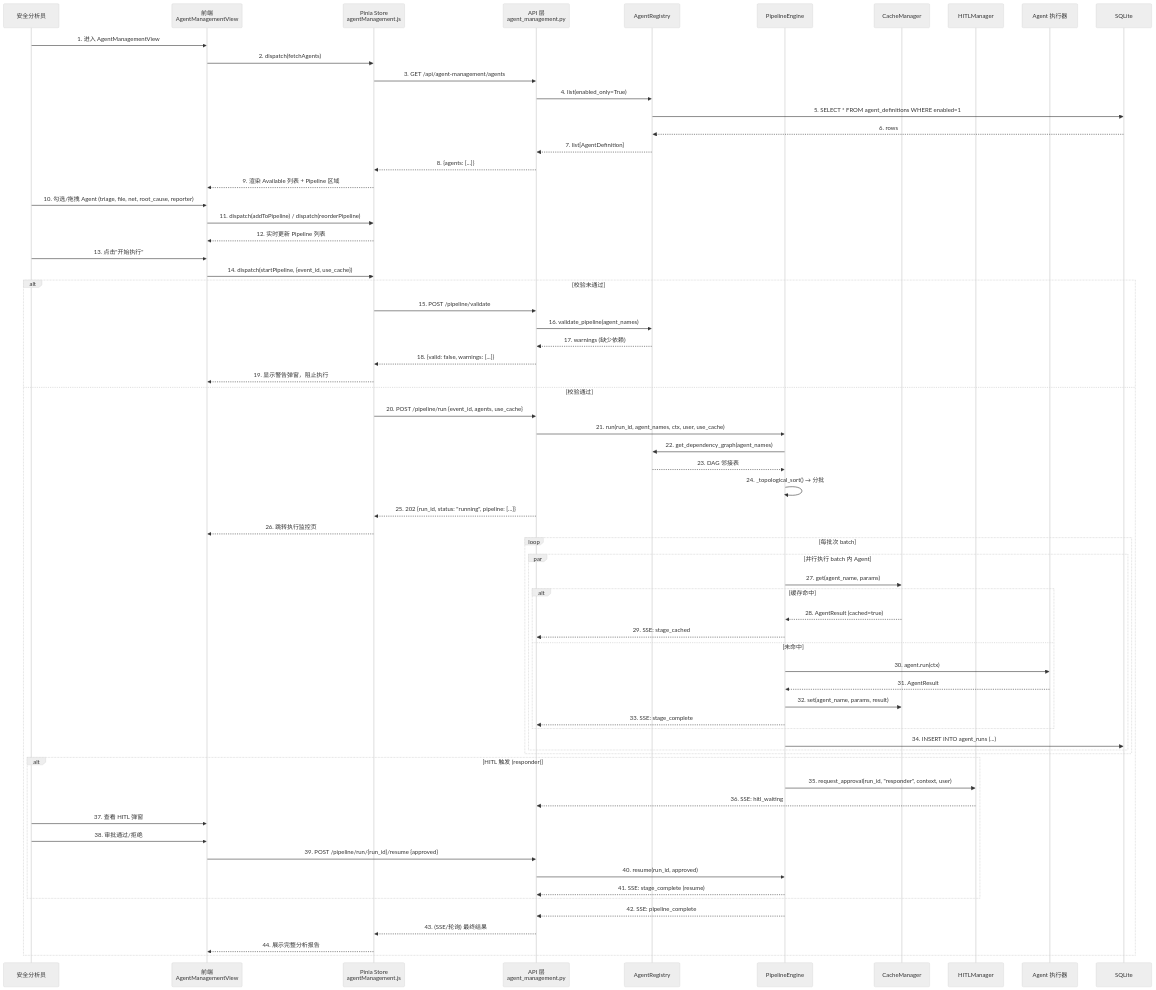
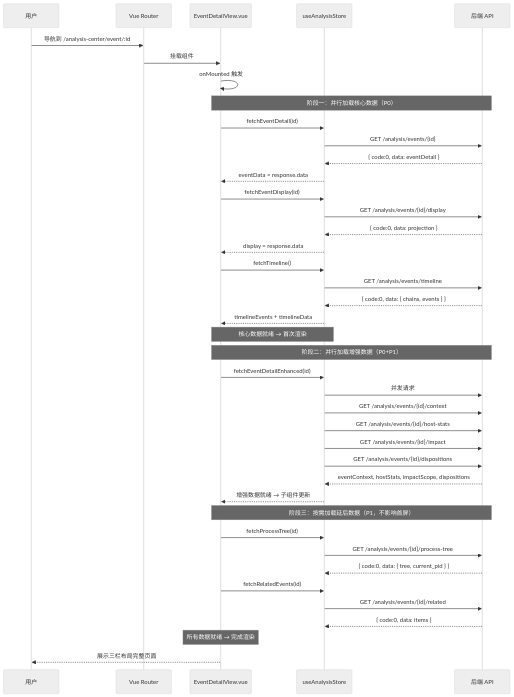
Before and after one commit to xyz0915/ir-platform: the diagram in docs/sequence-diagram.mermaid, drawn with Mermaid (neutral theme). The commit also changed 30 other files, not shown here.

```diff
--- a/docs/sequence-diagram.mermaid
+++ b/docs/sequence-diagram.mermaid
@@ -1,74 +1,50 @@
 sequenceDiagram
-    participant Analyst as 安全分析员
-    participant UI as 前端<br>AgentManagementView
-    participant Store as Pinia Store<br>agentManagement.js
-    participant API as API 层<br>agent_management.py
-    participant Registry as AgentRegistry
-    participant Engine as PipelineEngine
-    participant Cache as CacheManager
-    participant HITL as HITLManager
-    participant Agent as Agent 执行器
-    participant DB as SQLite
+    participant User as 用户
+    participant Router as Vue Router
+    participant EDV as EventDetailView.vue
+    participant Store as useAnalysisStore
+    participant API as 后端 API
 
-    Analyst->>UI: 1. 进入 AgentManagementView
-    UI->>Store: 2. dispatch(fetchAgents)
-    Store->>API: 3. GET /api/agent-management/agents
-    API->>Registry: 4. list(enabled_only=True)
-    Registry->>DB: 5. SELECT * FROM agent_definitions WHERE enabled=1
-    DB-->>Registry: 6. rows
-    Registry-->>API: 7. list[AgentDefinition]
-    API-->>Store: 8. {agents: [...]}
-    Store-->>UI: 9. 渲染 Available 列表 + Pipeline 区域
+    User->>Router: 导航到 /analysis-center/event/:id
+    Router->>EDV: 挂载组件
+    EDV->>EDV: onMounted 触发
 
-    Analyst->>UI: 10. 勾选/拖拽 Agent (triage, file, net, root_cause, reporter)
-    UI->>Store: 11. dispatch(addToPipeline) / dispatch(reorderPipeline)
-    Store-->>UI: 12. 实时更新 Pipeline 列表
+    Note over EDV,API: 阶段一：并行加载核心数据（P0）
+    EDV->>Store: fetchEventDetail(id)
+    Store->>API: GET /analysis/events/{id}
+    API-->>Store: { code:0, data: eventDetail }
+    Store-->>EDV: eventData = response.data
 
-    Analyst->>UI: 13. 点击"开始执行"
-    UI->>Store: 14. dispatch(startPipeline, {event_id, use_cache})
+    EDV->>Store: fetchEventDisplay(id)
+    Store->>API: GET /analysis/events/{id}/display
+    API-->>Store: { code:0, data: projection }
+    Store-->>EDV: display = response.data
 
-    alt 校验未通过
-        Store->>API: 15. POST /pipeline/validate
-        API->>Registry: 16. validate_pipeline(agent_names)
-        Registry-->>API: 17. warnings (缺少依赖)
-        API-->>Store: 18. {valid: false, warnings: [...]}
-        Store-->>UI: 19. 显示警告弹窗，阻止执行
-    else 校验通过
-        Store->>API: 20. POST /pipeline/run {event_id, agents, use_cache}
-        API->>Engine: 21. run(run_id, agent_names, ctx, user, use_cache)
-        Engine->>Registry: 22. get_dependency_graph(agent_names)
-        Registry-->>Engine: 23. DAG 邻接表
-        Engine->>Engine: 24. _topological_sort() → 分批
-        API-->>Store: 25. 202 {run_id, status: "running", pipeline: [...]}
-        Store-->>UI: 26. 跳转执行监控页
+    EDV->>Store: fetchTimeline()
+    Store->>API: GET /analysis/events/timeline
+    API-->>Store: { code:0, data: { chains, events } }
+    Store-->>EDV: timelineEvents + timelineData
 
-        loop 每批次 batch
-            par 并行执行 batch 内 Agent
-                Engine->>Cache: 27. get(agent_name, params)
-                alt 缓存命中
-                    Cache-->>Engine: 28. AgentResult (cached=true)
-                    Engine-->>API: 29. SSE: stage_cached
-                else 未命中
-                    Engine->>Agent: 30. agent.run(ctx)
-                    Agent-->>Engine: 31. AgentResult
-                    Engine->>Cache: 32. set(agent_name, params, result)
-                    Engine-->>API: 33. SSE: stage_complete
-                end
-                Engine->>DB: 34. INSERT INTO agent_runs (...)
-            end
-        end
+    Note over EDV,Store: 核心数据就绪 → 首次渲染
 
-        alt HITL 触发 (responder)
-            Engine->>HITL: 35. request_approval(run_id, "responder", context, user)
-            HITL-->>API: 36. SSE: hitl_waiting
-            Analyst->>UI: 37. 查看 HITL 弹窗
-            Analyst->>UI: 38. 审批通过/拒绝
-            UI->>API: 39. POST /pipeline/run/{run_id}/resume {approved}
-            API->>Engine: 40. resume(run_id, approved)
-            Engine-->>API: 41. SSE: stage_complete (resume)
-        end
+    Note over EDV,API: 阶段二：并行加载增强数据（P0+P1）
+    EDV->>Store: fetchEventDetailEnhanced(id)
+    Store->>API: 并发请求
+    Store->>API: GET /analysis/events/{id}/context
+    Store->>API: GET /analysis/events/{id}/host-stats
+    Store->>API: GET /analysis/events/{id}/impact
+    Store->>API: GET /analysis/events/{id}/dispositions
+    API-->>Store: eventContext, hostStats, impactScope, dispositions
+    Store-->>EDV: 增强数据就绪 → 子组件更新
 
-        Engine-->>API: 42. SSE: pipeline_complete
-        API-->>Store: 43. (SSE/轮询) 最终结果
-        Store-->>UI: 44. 展示完整分析报告
-    end
+    Note over EDV,API: 阶段三：按需加载延后数据（P1，不影响首屏）
+    EDV->>Store: fetchProcessTree(id)
+    Store->>API: GET /analysis/events/{id}/process-tree
+    API-->>Store: { code:0, data: { tree, current_pid } }
+
+    EDV->>Store: fetchRelatedEvents(id)
+    Store->>API: GET /analysis/events/{id}/related
+    API-->>Store: { code:0, data: items }
+
+    Note over EDV: 所有数据就绪 → 完成渲染
+    EDV-->>User: 展示三栏布局完整页面
```
